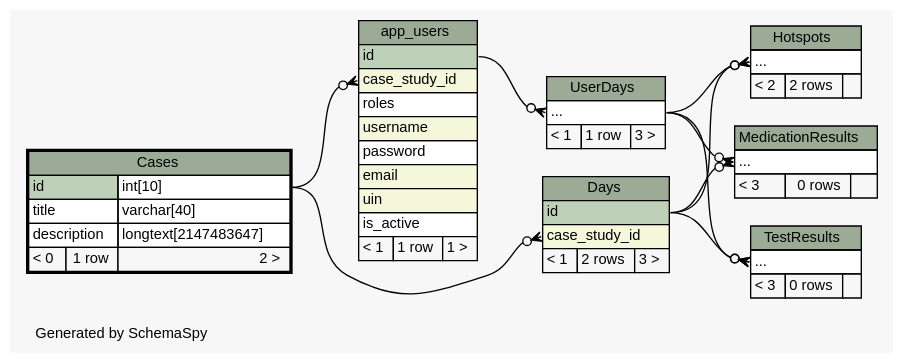
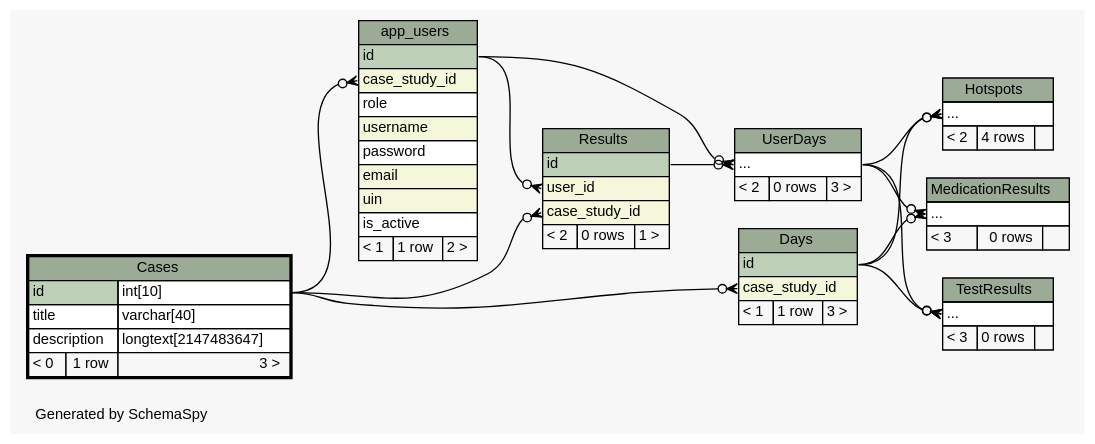
The diagram in web/files/schema/diagrams/Cases.2degrees.dot (carrel2/CaseStudies), drawn with Graphviz before and after one commit. The commit also changed 175 other files, not shown here.

Commit message:
Create Results object to store completed cases in the database

```diff
--- a/web/files/schema/diagrams/Cases.2degrees.dot
+++ b/web/files/schema/diagrams/Cases.2degrees.dot
@@ -1,111 +1,126 @@
-// dot 2.38.0 on Linux 4.4.0-64-generic
+// dot 2.38.0 on Linux 4.4.0-66-generic
 // SchemaSpy rev 590
 digraph "twoDegreesRelationshipsDiagram" {
   graph [
     rankdir="RL"
     bgcolor="#f7f7f7"
     label="\nGenerated by SchemaSpy"
     labeljust="l"
     nodesep="0.18"
     ranksep="0.46"
     fontname="Helvetica"
     fontsize="11"
   ];
   node [
     fontname="Helvetica"
     fontsize="11"
     shape="plaintext"
   ];
   edge [
     arrowsize="0.8"
   ];
   "app_users":"case_study_id":w -> "Cases":"id.type":e [arrowhead=none dir=back arrowtail=crowodot];
   "Days":"case_study_id":w -> "Cases":"id.type":e [arrowhead=none dir=back arrowtail=crowodot];
   "Hotspots":"elipses":w -> "Days":"id":e [arrowhead=none dir=back arrowtail=crowodot];
   "Hotspots":"elipses":w -> "UserDays":"elipses":e [arrowhead=none dir=back arrowtail=crowodot];
   "MedicationResults":"elipses":w -> "Days":"id":e [arrowhead=none dir=back arrowtail=crowodot];
   "MedicationResults":"elipses":w -> "UserDays":"elipses":e [arrowhead=none dir=back arrowtail=crowodot];
+  "Results":"case_study_id":w -> "Cases":"id.type":e [arrowhead=none dir=back arrowtail=crowodot];
+  "Results":"user_id":w -> "app_users":"id":e [arrowhead=none dir=back arrowtail=crowodot];
   "TestResults":"elipses":w -> "Days":"id":e [arrowhead=none dir=back arrowtail=crowodot];
   "TestResults":"elipses":w -> "UserDays":"elipses":e [arrowhead=none dir=back arrowtail=crowodot];
+  "UserDays":"elipses":w -> "Results":"id":e [arrowhead=none dir=back arrowtail=crowodot];
   "UserDays":"elipses":w -> "app_users":"id":e [arrowhead=none dir=back arrowtail=crowodot];
   "app_users" [
     label=<
     <TABLE BORDER="0" CELLBORDER="1" CELLSPACING="0" BGCOLOR="#ffffff">
       <TR><TD COLSPAN="3" BGCOLOR="#9bab96" ALIGN="CENTER">app_users</TD></TR>
       <TR><TD PORT="id" COLSPAN="3" BGCOLOR="#bed1b8" ALIGN="LEFT">id</TD></TR>
       <TR><TD PORT="case_study_id" COLSPAN="3" BGCOLOR="#f4f7da" ALIGN="LEFT">case_study_id</TD></TR>
-      <TR><TD PORT="roles" COLSPAN="3" ALIGN="LEFT">roles</TD></TR>
+      <TR><TD PORT="role" COLSPAN="3" ALIGN="LEFT">role</TD></TR>
       <TR><TD PORT="username" COLSPAN="3" BGCOLOR="#f4f7da" ALIGN="LEFT">username</TD></TR>
       <TR><TD PORT="password" COLSPAN="3" ALIGN="LEFT">password</TD></TR>
       <TR><TD PORT="email" COLSPAN="3" BGCOLOR="#f4f7da" ALIGN="LEFT">email</TD></TR>
       <TR><TD PORT="uin" COLSPAN="3" BGCOLOR="#f4f7da" ALIGN="LEFT">uin</TD></TR>
       <TR><TD PORT="is_active" COLSPAN="3" ALIGN="LEFT">is_active</TD></TR>
-      <TR><TD ALIGN="LEFT" BGCOLOR="#f7f7f7">&lt; 1</TD><TD ALIGN="RIGHT" BGCOLOR="#f7f7f7">1 row</TD><TD ALIGN="RIGHT" BGCOLOR="#f7f7f7">1 &gt;</TD></TR>
+      <TR><TD ALIGN="LEFT" BGCOLOR="#f7f7f7">&lt; 1</TD><TD ALIGN="RIGHT" BGCOLOR="#f7f7f7">1 row</TD><TD ALIGN="RIGHT" BGCOLOR="#f7f7f7">2 &gt;</TD></TR>
     </TABLE>>
     URL="app_users.html"
     tooltip="app_users"
   ];
   "Cases" [
     label=<
     <TABLE BORDER="2" CELLBORDER="1" CELLSPACING="0" BGCOLOR="#ffffff">
       <TR><TD COLSPAN="3" BGCOLOR="#9bab96" ALIGN="CENTER">Cases</TD></TR>
       <TR><TD PORT="id" COLSPAN="2" BGCOLOR="#bed1b8" ALIGN="LEFT">id</TD><TD PORT="id.type" ALIGN="LEFT">int[10]</TD></TR>
       <TR><TD PORT="title" COLSPAN="2" ALIGN="LEFT">title</TD><TD PORT="title.type" ALIGN="LEFT">varchar[40]</TD></TR>
       <TR><TD PORT="description" COLSPAN="2" ALIGN="LEFT">description</TD><TD PORT="description.type" ALIGN="LEFT">longtext[2147483647]</TD></TR>
-      <TR><TD ALIGN="LEFT" BGCOLOR="#f7f7f7">&lt; 0</TD><TD ALIGN="RIGHT" BGCOLOR="#f7f7f7">1 row</TD><TD ALIGN="RIGHT" BGCOLOR="#f7f7f7">2 &gt;</TD></TR>
+      <TR><TD ALIGN="LEFT" BGCOLOR="#f7f7f7">&lt; 0</TD><TD ALIGN="RIGHT" BGCOLOR="#f7f7f7">1 row</TD><TD ALIGN="RIGHT" BGCOLOR="#f7f7f7">3 &gt;</TD></TR>
     </TABLE>>
     URL="Cases.html"
     tooltip="Cases"
   ];
   "Days" [
     label=<
     <TABLE BORDER="0" CELLBORDER="1" CELLSPACING="0" BGCOLOR="#ffffff">
       <TR><TD COLSPAN="3" BGCOLOR="#9bab96" ALIGN="CENTER">Days</TD></TR>
       <TR><TD PORT="id" COLSPAN="3" BGCOLOR="#bed1b8" ALIGN="LEFT">id</TD></TR>
       <TR><TD PORT="case_study_id" COLSPAN="3" BGCOLOR="#f4f7da" ALIGN="LEFT">case_study_id</TD></TR>
-      <TR><TD ALIGN="LEFT" BGCOLOR="#f7f7f7">&lt; 1</TD><TD ALIGN="RIGHT" BGCOLOR="#f7f7f7">2 rows</TD><TD ALIGN="RIGHT" BGCOLOR="#f7f7f7">3 &gt;</TD></TR>
+      <TR><TD ALIGN="LEFT" BGCOLOR="#f7f7f7">&lt; 1</TD><TD ALIGN="RIGHT" BGCOLOR="#f7f7f7">1 row</TD><TD ALIGN="RIGHT" BGCOLOR="#f7f7f7">3 &gt;</TD></TR>
     </TABLE>>
     URL="Days.html"
     tooltip="Days"
   ];
   "Hotspots" [
     label=<
     <TABLE BORDER="0" CELLBORDER="1" CELLSPACING="0" BGCOLOR="#ffffff">
       <TR><TD COLSPAN="3" BGCOLOR="#9bab96" ALIGN="CENTER">Hotspots</TD></TR>
       <TR><TD PORT="elipses" COLSPAN="3" ALIGN="LEFT">...</TD></TR>
-      <TR><TD ALIGN="LEFT" BGCOLOR="#f7f7f7">&lt; 2</TD><TD ALIGN="RIGHT" BGCOLOR="#f7f7f7">2 rows</TD><TD ALIGN="RIGHT" BGCOLOR="#f7f7f7">  </TD></TR>
+      <TR><TD ALIGN="LEFT" BGCOLOR="#f7f7f7">&lt; 2</TD><TD ALIGN="RIGHT" BGCOLOR="#f7f7f7">4 rows</TD><TD ALIGN="RIGHT" BGCOLOR="#f7f7f7">  </TD></TR>
     </TABLE>>
     URL="Hotspots.html"
     tooltip="Hotspots"
   ];
   "MedicationResults" [
     label=<
     <TABLE BORDER="0" CELLBORDER="1" CELLSPACING="0" BGCOLOR="#ffffff">
       <TR><TD COLSPAN="3" BGCOLOR="#9bab96" ALIGN="CENTER">MedicationResults</TD></TR>
       <TR><TD PORT="elipses" COLSPAN="3" ALIGN="LEFT">...</TD></TR>
       <TR><TD ALIGN="LEFT" BGCOLOR="#f7f7f7">&lt; 3</TD><TD ALIGN="RIGHT" BGCOLOR="#f7f7f7">0 rows</TD><TD ALIGN="RIGHT" BGCOLOR="#f7f7f7">  </TD></TR>
     </TABLE>>
     URL="MedicationResults.html"
     tooltip="MedicationResults"
+  ];
+  "Results" [
+    label=<
+    <TABLE BORDER="0" CELLBORDER="1" CELLSPACING="0" BGCOLOR="#ffffff">
+      <TR><TD COLSPAN="3" BGCOLOR="#9bab96" ALIGN="CENTER">Results</TD></TR>
+      <TR><TD PORT="id" COLSPAN="3" BGCOLOR="#bed1b8" ALIGN="LEFT">id</TD></TR>
+      <TR><TD PORT="user_id" COLSPAN="3" BGCOLOR="#f4f7da" ALIGN="LEFT">user_id</TD></TR>
+      <TR><TD PORT="case_study_id" COLSPAN="3" BGCOLOR="#f4f7da" ALIGN="LEFT">case_study_id</TD></TR>
+      <TR><TD ALIGN="LEFT" BGCOLOR="#f7f7f7">&lt; 2</TD><TD ALIGN="RIGHT" BGCOLOR="#f7f7f7">0 rows</TD><TD ALIGN="RIGHT" BGCOLOR="#f7f7f7">1 &gt;</TD></TR>
+    </TABLE>>
+    URL="Results.html"
+    tooltip="Results"
   ];
   "TestResults" [
     label=<
     <TABLE BORDER="0" CELLBORDER="1" CELLSPACING="0" BGCOLOR="#ffffff">
       <TR><TD COLSPAN="3" BGCOLOR="#9bab96" ALIGN="CENTER">TestResults</TD></TR>
       <TR><TD PORT="elipses" COLSPAN="3" ALIGN="LEFT">...</TD></TR>
       <TR><TD ALIGN="LEFT" BGCOLOR="#f7f7f7">&lt; 3</TD><TD ALIGN="RIGHT" BGCOLOR="#f7f7f7">0 rows</TD><TD ALIGN="RIGHT" BGCOLOR="#f7f7f7">  </TD></TR>
     </TABLE>>
     URL="TestResults.html"
     tooltip="TestResults"
   ];
   "UserDays" [
     label=<
     <TABLE BORDER="0" CELLBORDER="1" CELLSPACING="0" BGCOLOR="#ffffff">
       <TR><TD COLSPAN="3" BGCOLOR="#9bab96" ALIGN="CENTER">UserDays</TD></TR>
       <TR><TD PORT="elipses" COLSPAN="3" ALIGN="LEFT">...</TD></TR>
-      <TR><TD ALIGN="LEFT" BGCOLOR="#f7f7f7">&lt; 1</TD><TD ALIGN="RIGHT" BGCOLOR="#f7f7f7">1 row</TD><TD ALIGN="RIGHT" BGCOLOR="#f7f7f7">3 &gt;</TD></TR>
+      <TR><TD ALIGN="LEFT" BGCOLOR="#f7f7f7">&lt; 2</TD><TD ALIGN="RIGHT" BGCOLOR="#f7f7f7">0 rows</TD><TD ALIGN="RIGHT" BGCOLOR="#f7f7f7">3 &gt;</TD></TR>
     </TABLE>>
     URL="UserDays.html"
     tooltip="UserDays"
   ];
 }
```
